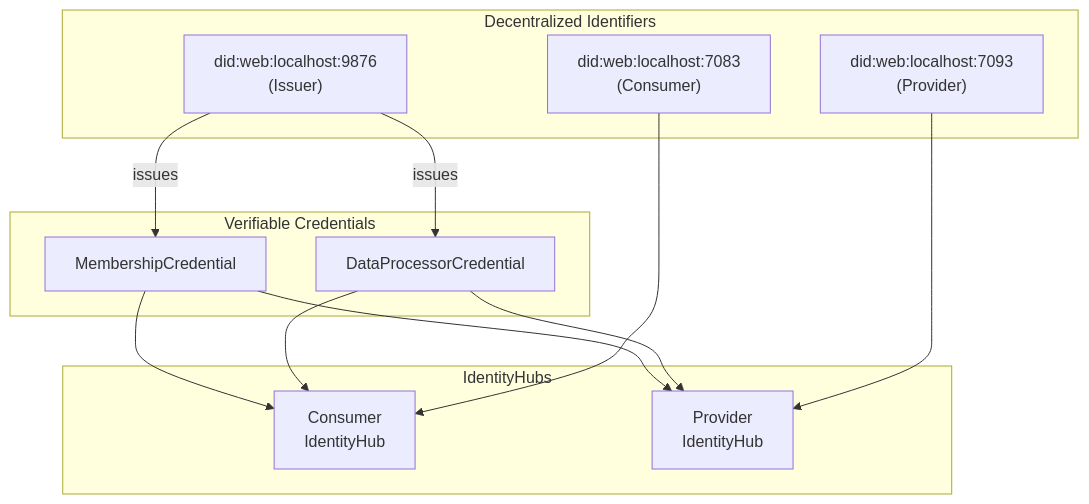
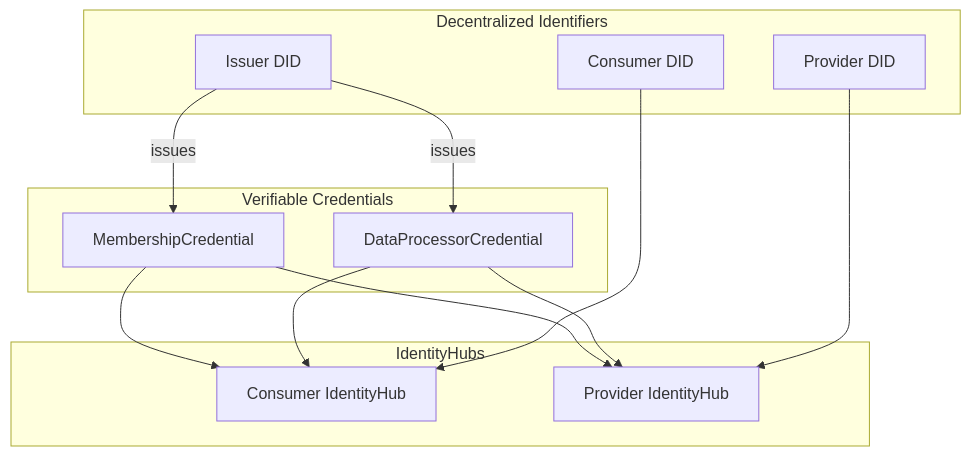
Before and after one commit to ma3u/MinimumViableDataspace: the fifth of 8 diagrams in AEROSPACE-DEMO-README.md, drawn with Mermaid. The commit also changed other lines of this file, not shown here.

Commit message:
fix: Remove all newline characters from Mermaid diagram labels

````diff
--- a/AEROSPACE-DEMO-README.md
+++ b/AEROSPACE-DEMO-README.md
@@ -238,27 +238,27 @@
 ```mermaid
 flowchart TB
     subgraph DID["Decentralized Identifiers"]
-        CDID["did:web:localhost:7083\n(Consumer)"]
-        PDID["did:web:localhost:7093\n(Provider)"]
-        IDID["did:web:localhost:9876\n(Issuer)"]
+        CDID["Consumer DID"]
+        PDID["Provider DID"]
+        IDID["Issuer DID"]
     end
     
     subgraph VC["Verifiable Credentials"]
         MC["MembershipCredential"]
         DPC["DataProcessorCredential"]
     end
     
     subgraph IH["IdentityHubs"]
-        CIH["Consumer\nIdentityHub"]
-        PIH["Provider\nIdentityHub"]
+        CIH["Consumer IdentityHub"]
+        PIH["Provider IdentityHub"]
     end
     
     IDID --> |issues| MC
     IDID --> |issues| DPC
     MC --> CIH
     MC --> PIH
     DPC --> CIH
     DPC --> PIH
     CDID --> CIH
     PDID --> PIH
 ```
````
